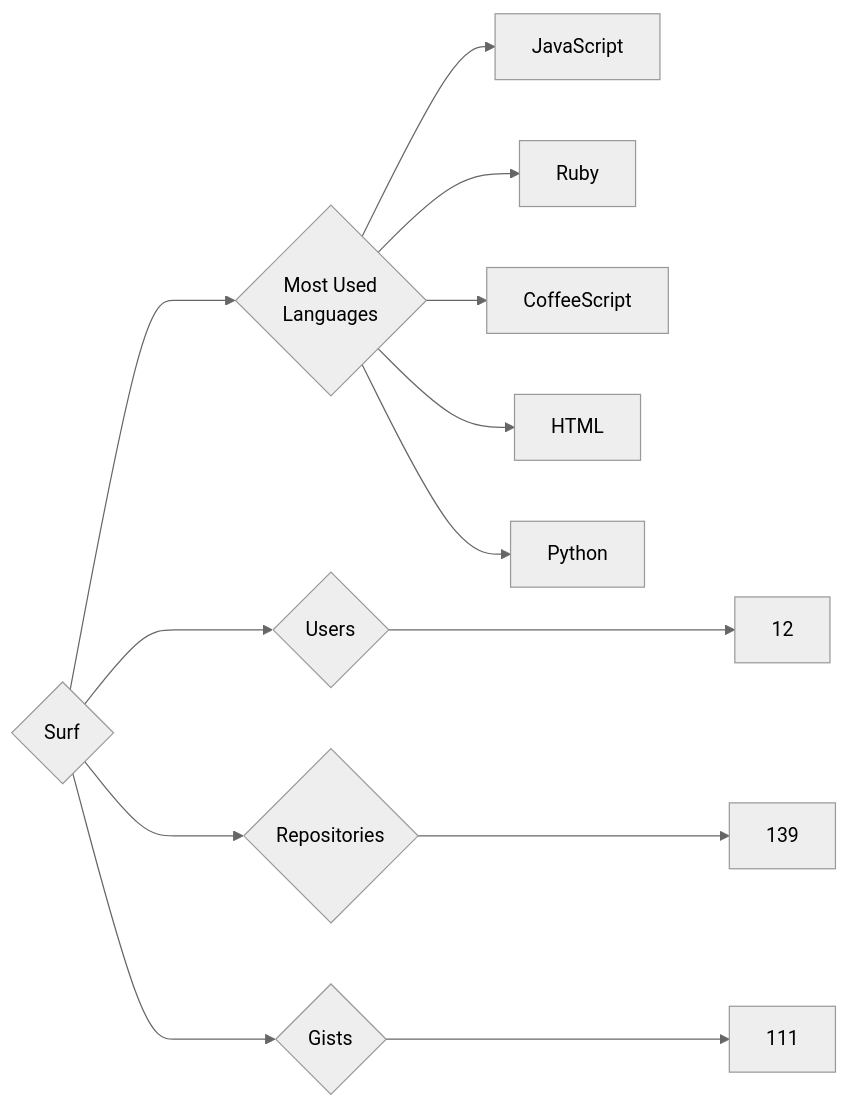
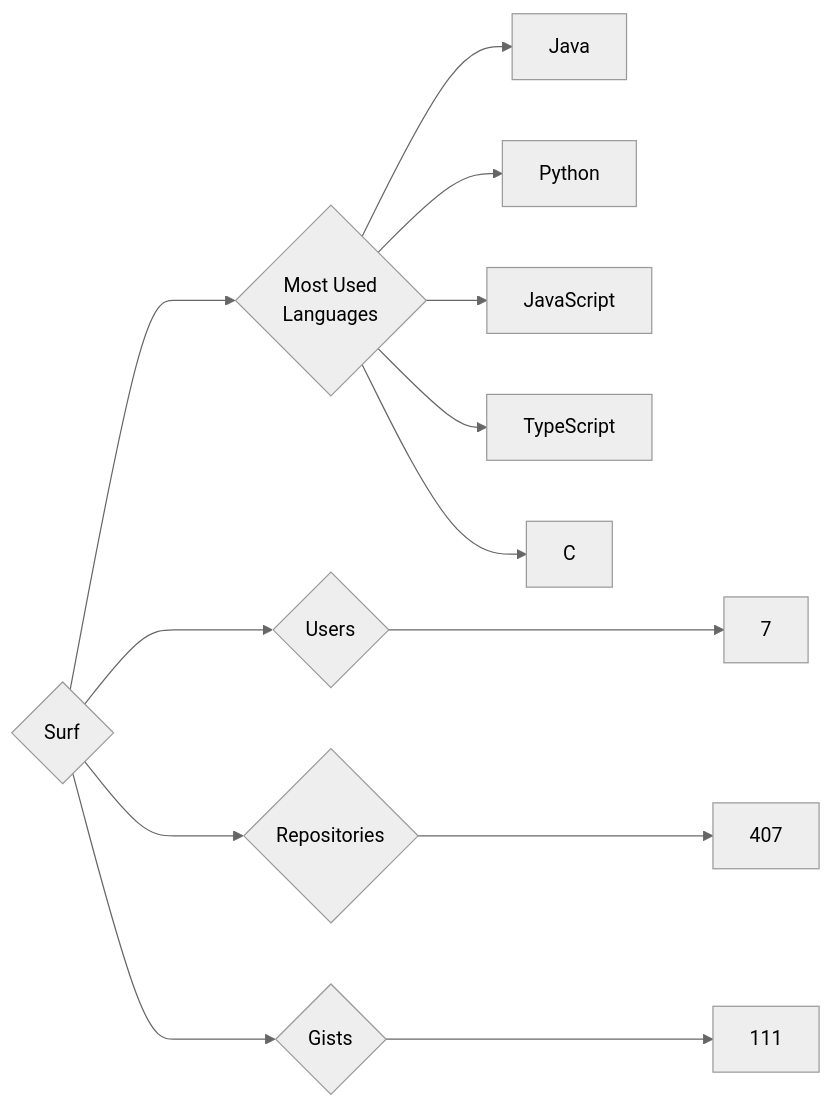
One commit to trickest/insiders changed the diagram in targets/Surf/README.md. Above: the diagram before and after it, drawn with Mermaid (neutral theme). The commit also changed 955 other files, not shown here.

````diff
--- a/targets/Surf/README.md
+++ b/targets/Surf/README.md
@@ -3,13 +3,13 @@
 ```mermaid
 graph LR
 COMPANY_NAME{Surf}
-COMPANY_NAME ---> U{Users} ---> UN[12]
-COMPANY_NAME ---> R{Repositories} ---> RN[139]
+COMPANY_NAME ---> U{Users} ---> UN[7]
+COMPANY_NAME ---> R{Repositories} ---> RN[407]
 COMPANY_NAME ---> G{Gists} ---> GN[111]
 COMPANY_NAME ---> ML{Most Used<br>Languages}
+ML --> Java[Java]
+ML --> Python[Python]
 ML --> JavaScript[JavaScript]
-ML --> Ruby[Ruby]
-ML --> CoffeeScript[CoffeeScript]
-ML --> HTML[HTML]
-ML --> Python[Python]
+ML --> TypeScript[TypeScript]
+ML --> C[C]
 ```
````
